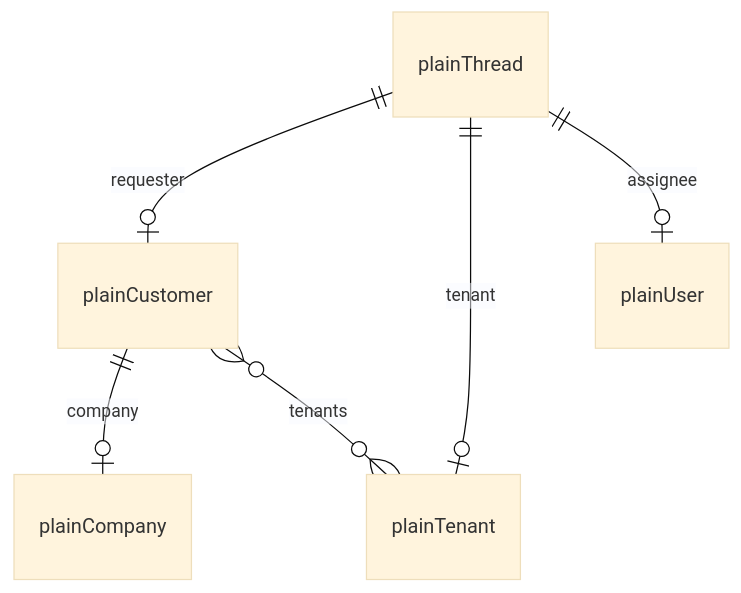
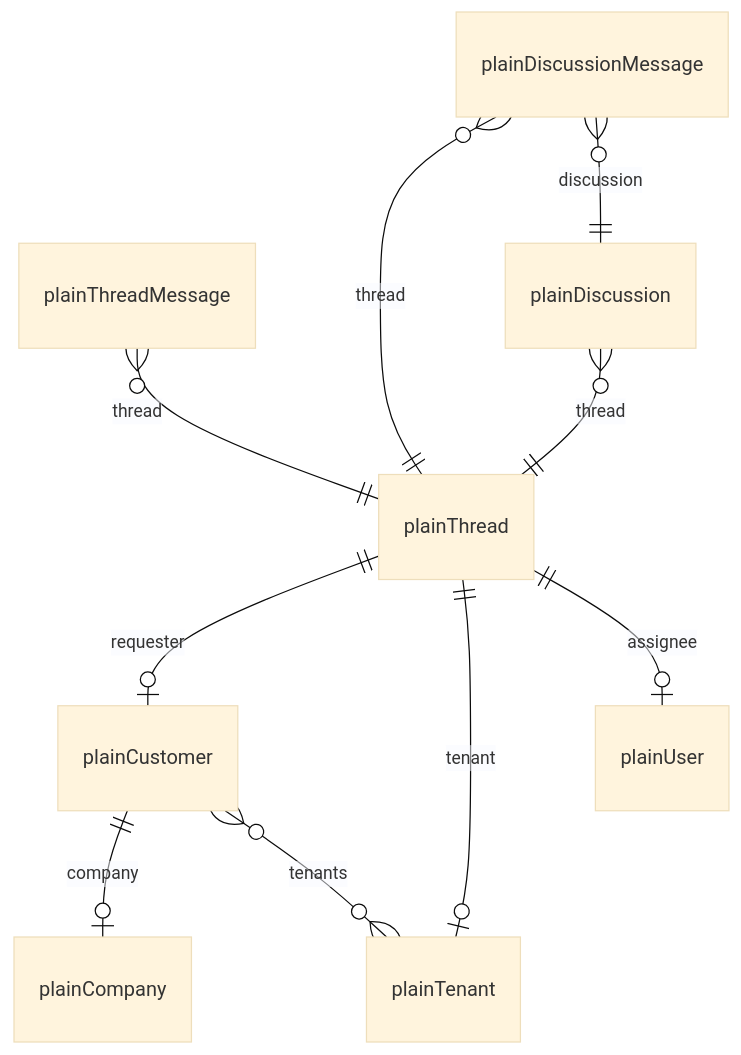
The diagram in integrations/plain/IMPLEMENTATION_PLAN.md (port-labs/ocean), drawn with Mermaid (base theme) before and after one commit. The commit also changed other lines of this file and 16 other files, not shown here.

First line of the commit message:
Add Plain discussion kinds and a first-class thread productArea.

````diff
--- a/integrations/plain/IMPLEMENTATION_PLAN.md
+++ b/integrations/plain/IMPLEMENTATION_PLAN.md
@@ -87,8 +94,12 @@
 ```mermaid
 erDiagram
     plainThread ||--o| plainCustomer : requester
     plainThread ||--o| plainTenant : tenant
     plainThread ||--o| plainUser : assignee
     plainCustomer ||--o| plainCompany : company
     plainCustomer }o--o{ plainTenant : tenants
+    plainThreadMessage }o--|| plainThread : thread
+    plainDiscussion }o--|| plainThread : thread
+    plainDiscussionMessage }o--|| plainThread : thread
+    plainDiscussionMessage }o--|| plainDiscussion : discussion
 ```
````
